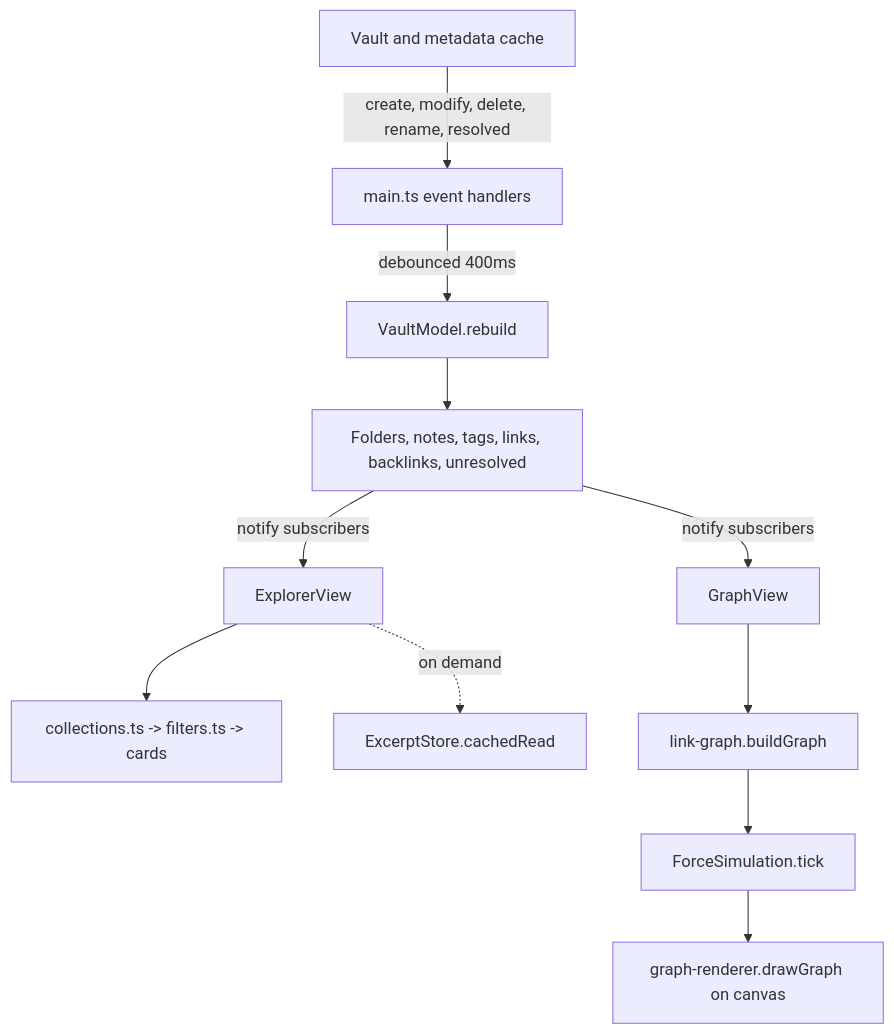
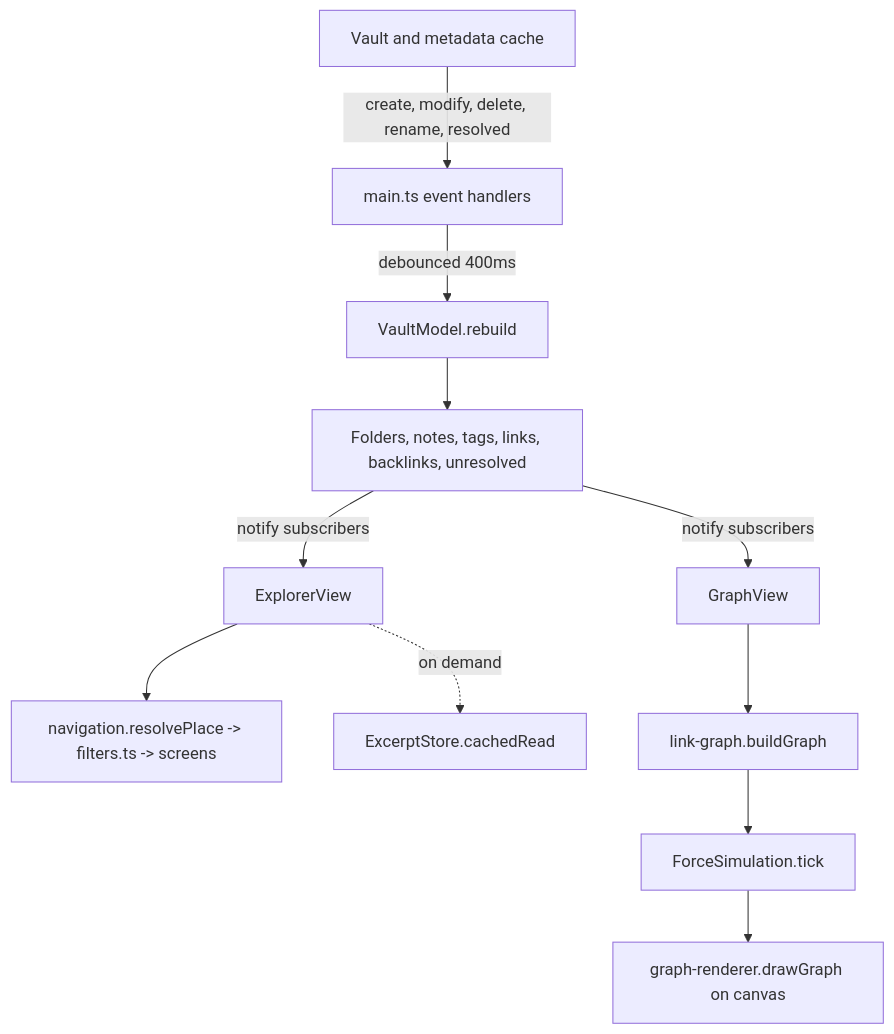
Before and after one commit to kyan0s-git/obsidian-cerebrum: the diagram in docs/architecture.md, drawn with Mermaid. The commit also changed other lines of this file and 21 other files, not shown here.

````diff
--- a/docs/architecture.md
+++ b/docs/architecture.md
@@ -40,13 +39,13 @@
 ```mermaid
 flowchart TD
     A[Vault and metadata cache] -->|create, modify, delete, rename, resolved| B[main.ts event handlers]
     B -->|debounced 400ms| C[VaultModel.rebuild]
     C --> D[Folders, notes, tags, links, backlinks, unresolved]
     D -->|notify subscribers| E[ExplorerView]
     D -->|notify subscribers| F[GraphView]
-    E --> G[collections.ts -> filters.ts -> cards]
+    E --> G[navigation.resolvePlace -> filters.ts -> screens]
     E -.->|on demand| H[ExcerptStore.cachedRead]
     F --> I[link-graph.buildGraph]
     I --> J[ForceSimulation.tick]
     J --> K[graph-renderer.drawGraph on canvas]
 ```
````
